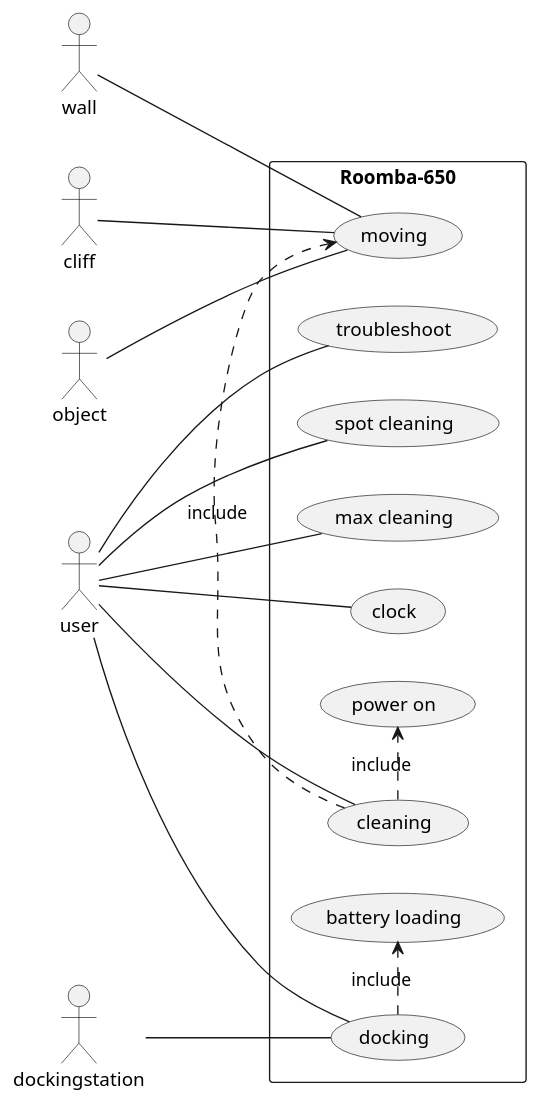
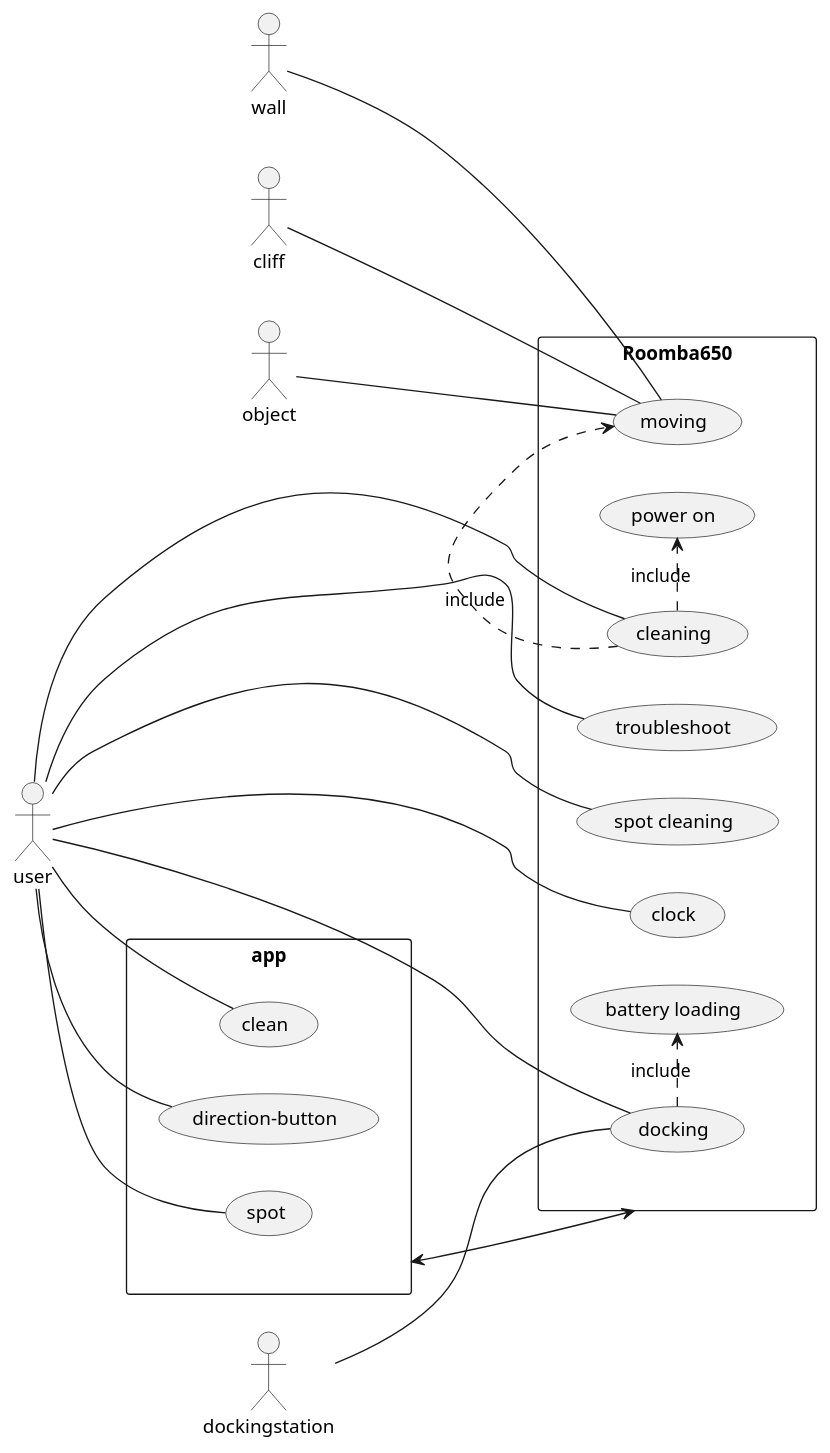
The diagram in UML/use-case.puml (VvWijhe/Cleanify), drawn with PlantUML before and after one commit.

Commit message:
updated uml use-case

```diff
--- a/UML/use-case.puml
+++ b/UML/use-case.puml
@@ -1,36 +1,44 @@
 @startuml
 
 left to right direction
 
 skinparam packageStyle rectangle
 
 actor wall
 actor cliff
 actor object
 actor user
 actor dockingstation
 
-rectangle Roomba-650 {
+rectangle Roomba650 {
   object -- (moving)
   cliff -- (moving)
   wall -- (moving)
   ' user -- (power on)
   user -- (troubleshoot)
   user -- (spot cleaning)
   user -- (cleaning)
-  user -- (max cleaning)
   user -- (clock)
   user -- (docking)
 
   dockingstation -- (docking)
 
   (cleaning) .> (power on) : include
 
   (cleaning) .> (moving) : include
   (docking) .> (battery loading) : include
 
  ' (cleaning) .> (spot cleaning) : include
 
   ' (docking) .> (battery loading) : extends
 }
+
+rectangle app {
+  user -- (clean)
+  user -- (direction-button)
+  user -- (spot)
+}
+
+app <--> Roomba650
+
 @enduml
```
